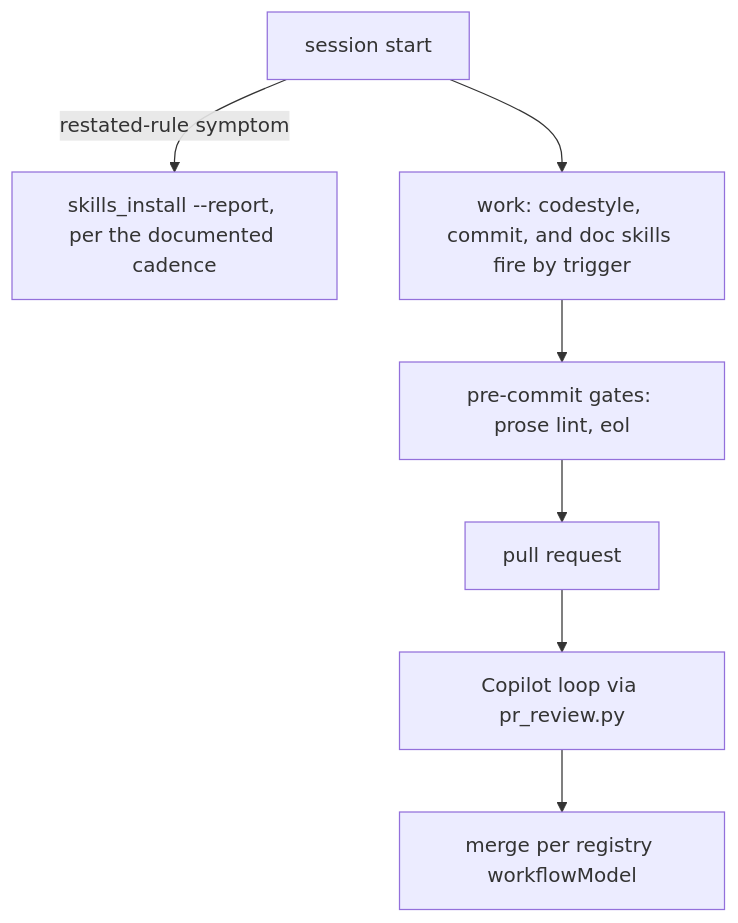
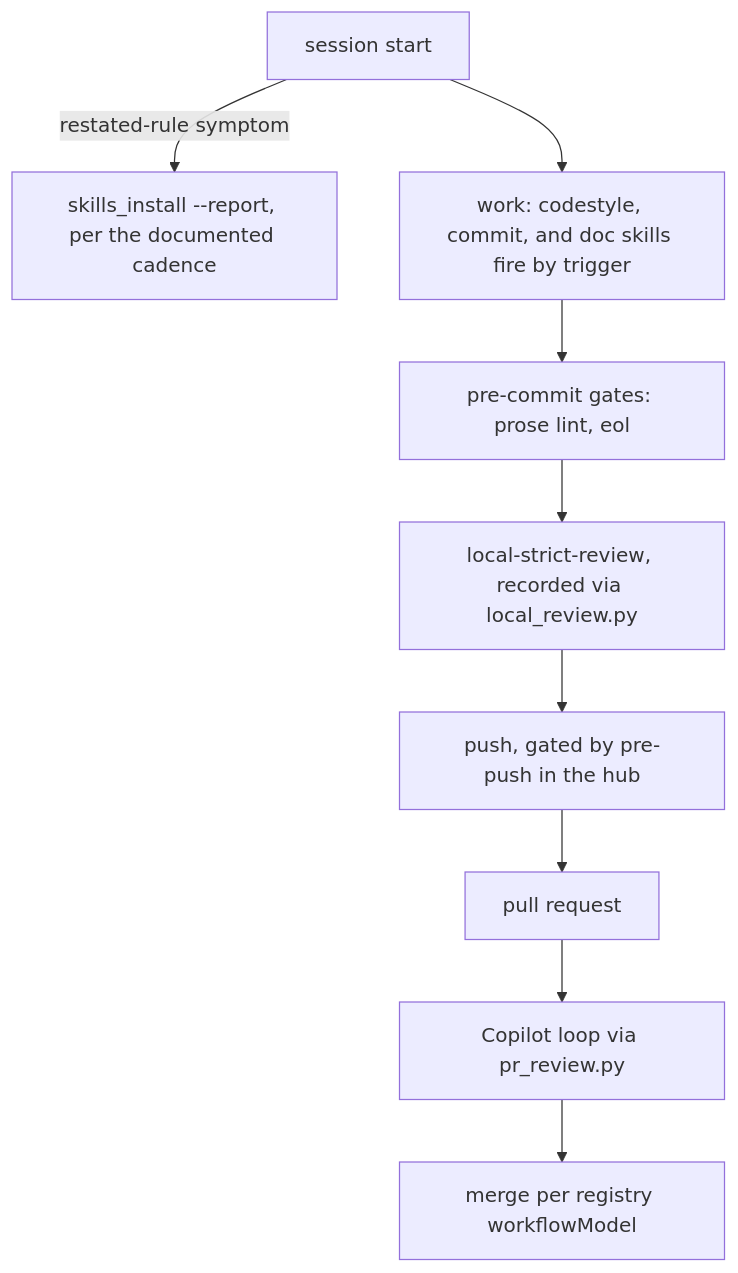
Before and after one commit to ptr727/ProjectTemplate: the third of 5 diagrams in docs/fleet-map.md, drawn with Mermaid. The commit also changed other lines of this file and 20 other files, not shown here.

First line of the commit message:
Gate Every PR-Bound Push on a Recorded Local Review

````diff
--- a/docs/fleet-map.md
+++ b/docs/fleet-map.md
@@ -105,9 +105,11 @@
 ```mermaid
 flowchart TD
   start["session start"] -->|"restated-rule symptom"| stale["skills_install --report, per the documented cadence"]
   start --> work["work: codestyle, commit, and doc skills fire by trigger"]
   work --> gates["pre-commit gates: prose lint, eol"]
-  gates --> pr["pull request"]
+  gates --> review1["local-strict-review, recorded via local_review.py"]
+  review1 --> push["push, gated by pre-push in the hub"]
+  push --> pr["pull request"]
   pr --> review["Copilot loop via pr_review.py"]
   review --> merge["merge per registry workflowModel"]
 ```
````
